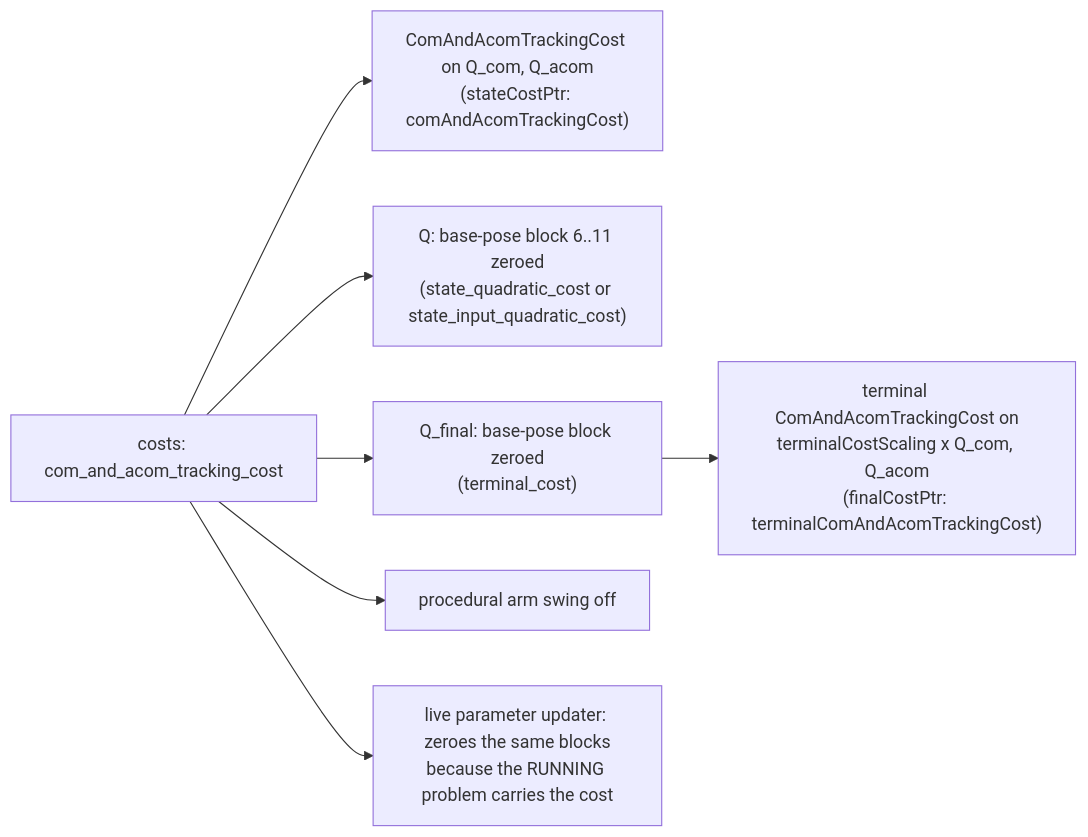
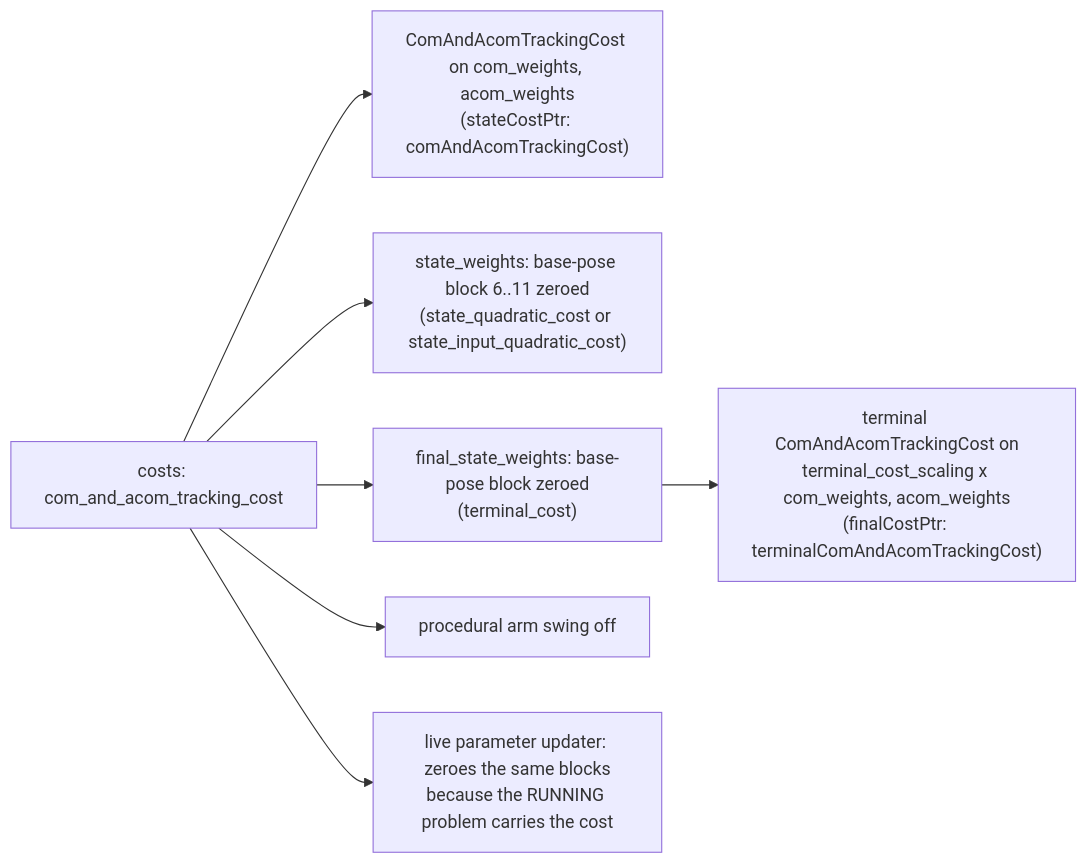
Before and after one commit to nicholaspalomo/wb_humanoid_mpc: the third of 3 diagrams in humanoid_learning/acom/README.md, drawn with Mermaid. The commit also changed other lines of this file and 1798 other files, not shown here.

````diff
--- a/humanoid_learning/acom/README.md
+++ b/humanoid_learning/acom/README.md
@@ -207,9 +207,9 @@
 ```mermaid
 flowchart LR
-    entry["costs: com_and_acom_tracking_cost"] --> running["ComAndAcomTrackingCost on Q_com, Q_acom<br/>(stateCostPtr: comAndAcomTrackingCost)"]
-    entry --> zeroQ["Q: base-pose block 6..11 zeroed<br/>(state_quadratic_cost or state_input_quadratic_cost)"]
-    entry --> zeroQf["Q_final: base-pose block zeroed<br/>(terminal_cost)"]
-    zeroQf --> terminal["terminal ComAndAcomTrackingCost on<br/>terminalCostScaling x Q_com, Q_acom<br/>(finalCostPtr: terminalComAndAcomTrackingCost)"]
+    entry["costs: com_and_acom_tracking_cost"] --> running["ComAndAcomTrackingCost on com_weights, acom_weights<br/>(stateCostPtr: comAndAcomTrackingCost)"]
+    entry --> zeroQ["state_weights: base-pose block 6..11 zeroed<br/>(state_quadratic_cost or state_input_quadratic_cost)"]
+    entry --> zeroQf["final_state_weights: base-pose block zeroed<br/>(terminal_cost)"]
+    zeroQf --> terminal["terminal ComAndAcomTrackingCost on<br/>terminal_cost_scaling x com_weights, acom_weights<br/>(finalCostPtr: terminalComAndAcomTrackingCost)"]
     entry --> arms["procedural arm swing off"]
     entry --> updater["live parameter updater: zeroes the same blocks<br/>because the RUNNING problem carries the cost"]
 ```
````
